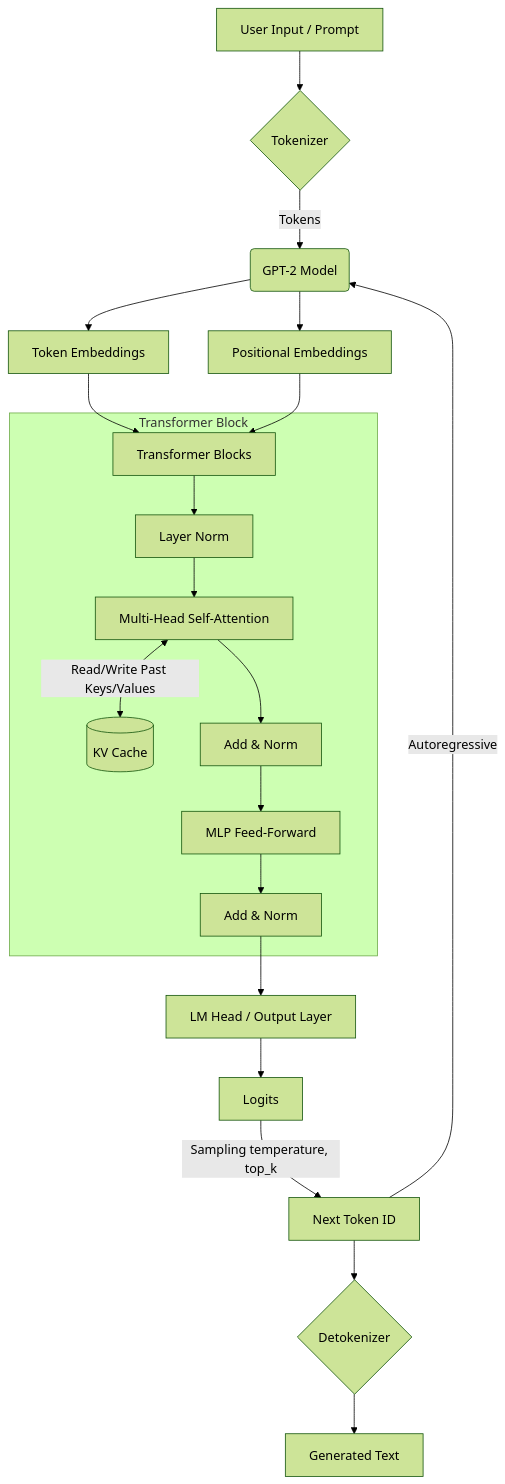
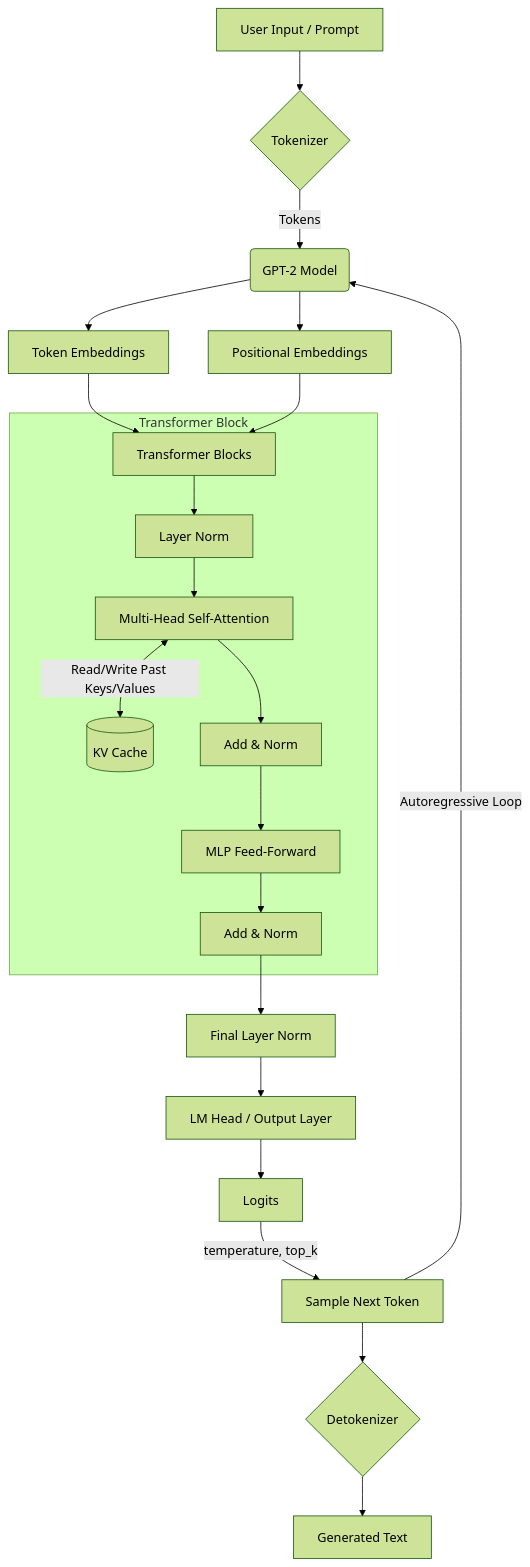
Before and after one commit to nisbenz/GPT-2-Inference-Engine: the first of 2 diagrams in readme.md, drawn with Mermaid (forest theme). The commit also changed other lines of this file and 1 other file, not shown here.

Commit message:
docs: enhance README with architecture diagrams and project structure

````diff
--- a/readme.md
+++ b/readme.md
@@ -9,24 +40,25 @@
 ```mermaid
 graph TD
     A[User Input / Prompt] --> B{Tokenizer}
     B -->|Tokens| C(GPT-2 Model)
     C --> D[Token Embeddings]
     C --> E[Positional Embeddings]
     D & E --> F[Transformer Blocks]
-    
+
     subgraph Transformer Block
         F --> G[Layer Norm]
         G --> H[Multi-Head Self-Attention]
         H <--> |Read/Write Past Keys/Values| K[(KV Cache)]
         H --> I[Add & Norm]
         I --> J[MLP Feed-Forward]
         J --> L[Add & Norm]
     end
-    
-    L --> M[LM Head / Output Layer]
-    M --> N[Logits]
-    N -->|Sampling temperature, top_k| O[Next Token ID]
-    O --> P{Detokenizer}
-    O -->|Autoregressive| C
-    P --> Q[Generated Text]
+
+    L --> M[Final Layer Norm]
+    M --> N[LM Head / Output Layer]
+    N --> O[Logits]
+    O -->|temperature, top_k| P[Sample Next Token]
+    P --> Q{Detokenizer}
+    P -->|Autoregressive Loop| C
+    Q --> R[Generated Text]
 ```
````
